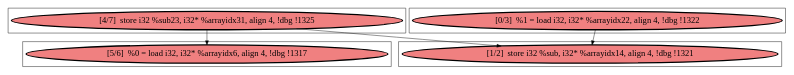
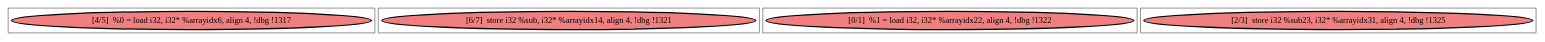
The diagram in playground/dot/debug/mdg/main.depth_1.loop_0.mdg.sccscg.dot.dot (harel-coffee/PParMetrics-auto), drawn with Graphviz before and after one commit. The commit also changed 901 other files, not shown here.

```diff
--- a/playground/dot/debug/mdg/main.depth_1.loop_0.mdg.sccscg.dot.dot
+++ b/playground/dot/debug/mdg/main.depth_1.loop_0.mdg.sccscg.dot.dot
@@ -1,47 +1,44 @@
 
 digraph G {
 
 
 
-node38->node39 [ ]
-node38->node37 [ ]
-node36->node37 [ ]
 
 
 subgraph cluster3 {
 
 
-node39 [penwidth=3.0,fontsize=20,fillcolor=lightcoral,label="[5/6]  %0 = load i32, i32* %arrayidx6, align 4, !dbg !1317",shape=ellipse,style=filled ]
+node39 [penwidth=3.0,fontsize=20,fillcolor=lightcoral,label="[4/5]  %0 = load i32, i32* %arrayidx6, align 4, !dbg !1317",shape=ellipse,style=filled ]
 
 
 
 }
 
 subgraph cluster2 {
 
 
-node38 [penwidth=3.0,fontsize=20,fillcolor=lightcoral,label="[4/7]  store i32 %sub23, i32* %arrayidx31, align 4, !dbg !1325",shape=ellipse,style=filled ]
+node38 [penwidth=3.0,fontsize=20,fillcolor=lightcoral,label="[6/7]  store i32 %sub, i32* %arrayidx14, align 4, !dbg !1321",shape=ellipse,style=filled ]
 
 
 
 }
 
 subgraph cluster0 {
 
 
-node36 [penwidth=3.0,fontsize=20,fillcolor=lightcoral,label="[0/3]  %1 = load i32, i32* %arrayidx22, align 4, !dbg !1322",shape=ellipse,style=filled ]
+node36 [penwidth=3.0,fontsize=20,fillcolor=lightcoral,label="[0/1]  %1 = load i32, i32* %arrayidx22, align 4, !dbg !1322",shape=ellipse,style=filled ]
 
 
 
 }
 
 subgraph cluster1 {
 
 
-node37 [penwidth=3.0,fontsize=20,fillcolor=lightcoral,label="[1/2]  store i32 %sub, i32* %arrayidx14, align 4, !dbg !1321",shape=ellipse,style=filled ]
+node37 [penwidth=3.0,fontsize=20,fillcolor=lightcoral,label="[2/3]  store i32 %sub23, i32* %arrayidx31, align 4, !dbg !1325",shape=ellipse,style=filled ]
 
 
 
 }
 
 }
```
